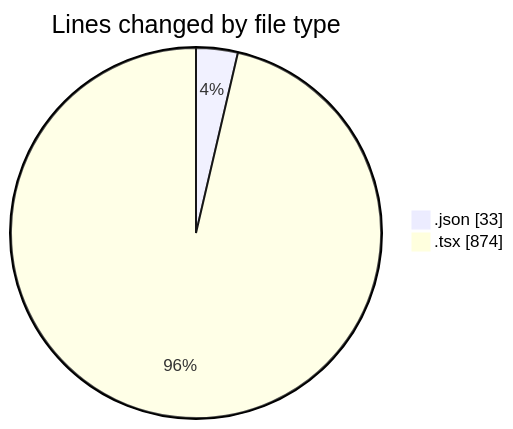
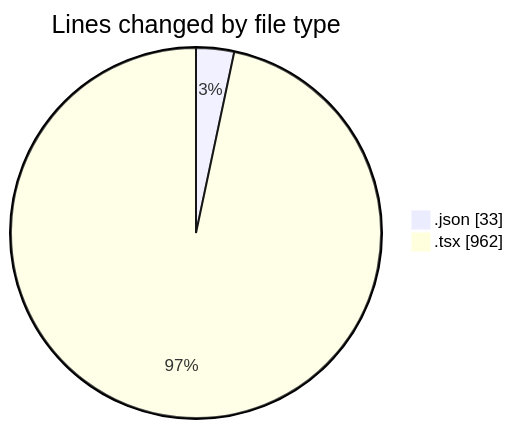
The first of 2 diagrams in 2025-03-11/projet_stage/README.md (Elitesun/code-tracking), drawn with Mermaid before and after one commit. The commit also changed other lines of this file and 1 other file, not shown here.

````diff
--- a/2025-03-11/projet_stage/README.md
+++ b/2025-03-11/projet_stage/README.md
@@ -28,6 +28,6 @@
 ```mermaid
 pie showData
 title Lines changed by file type
 ".json" : 33
-".tsx" : 874
+".tsx" : 962
 ```
````
